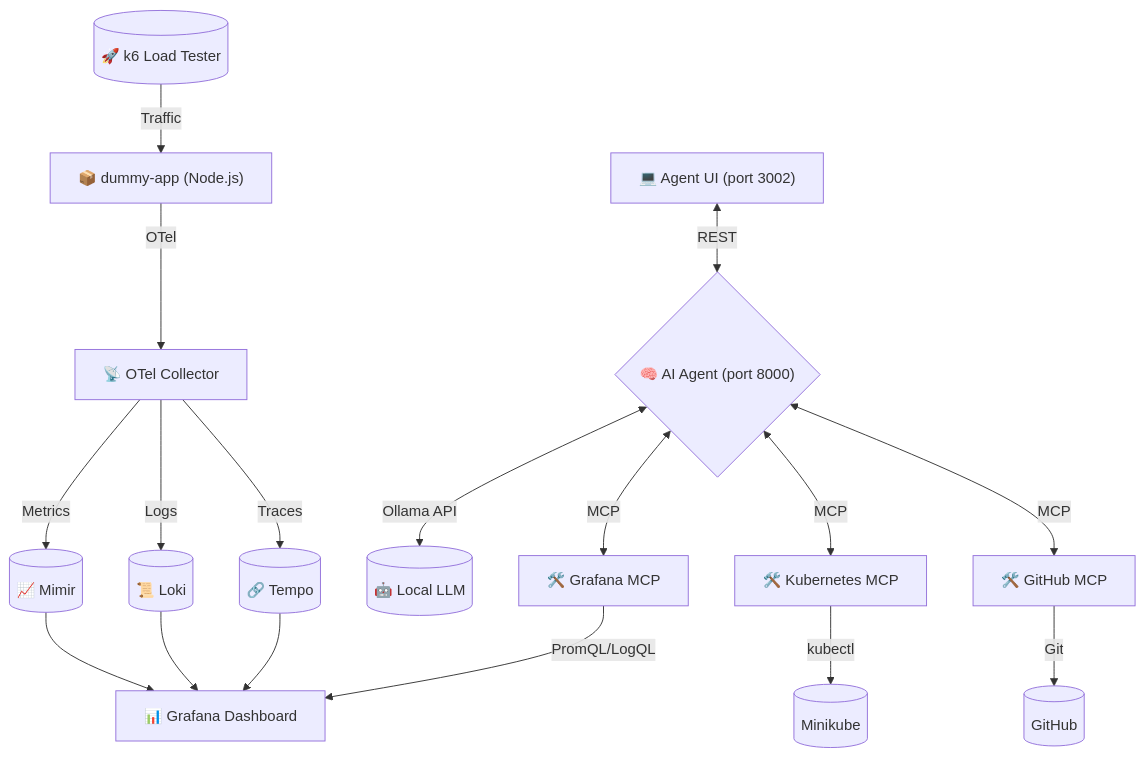
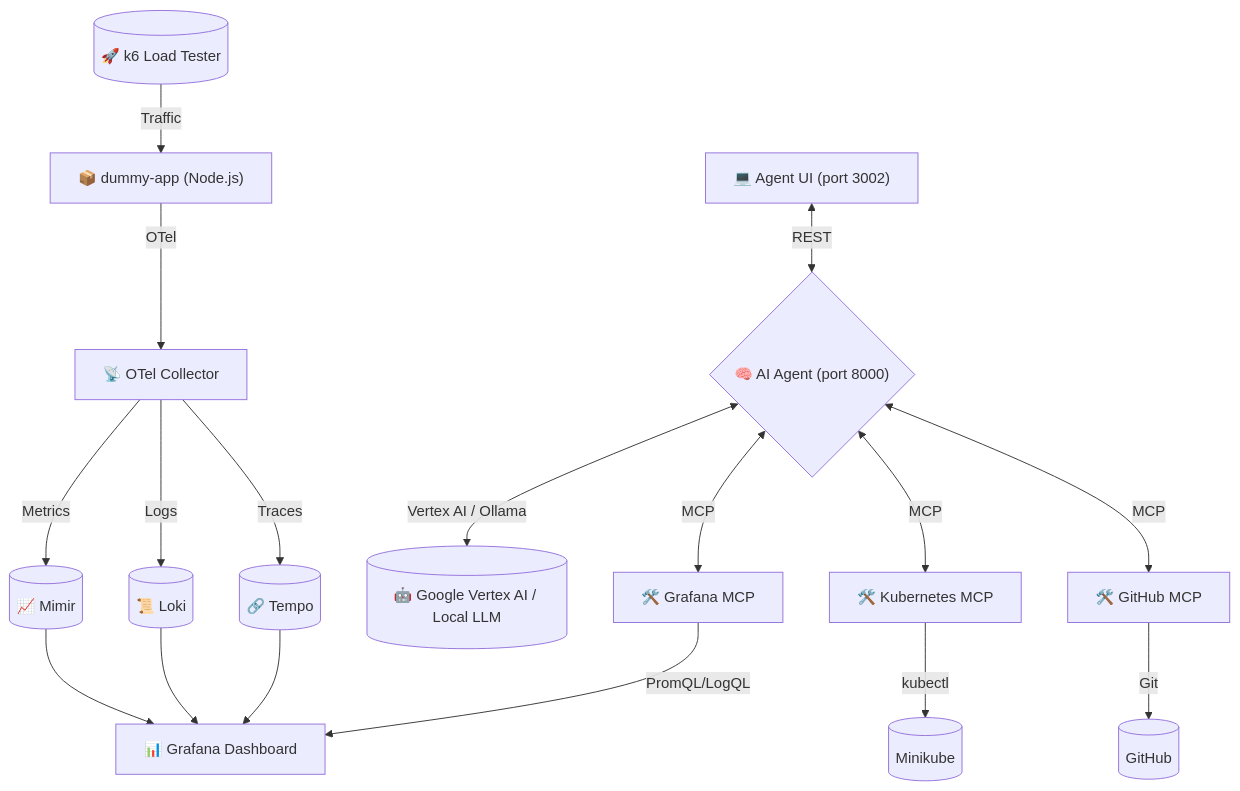
The diagram in README.md (h4k5r/triage-agent), drawn with Mermaid before and after one commit. The commit also changed other lines of this file and 20 other files, not shown here.

````diff
--- a/README.md
+++ b/README.md
@@ -9,28 +9,28 @@
 ```mermaid
 graph TD
     %% Node.js Application & Traffic
     k6[("🚀 k6 Load Tester")] -->|Traffic| app["📦 dummy-app (Node.js)"]
     
     %% Observability Stack
     app -->|OTel| otel["📡 OTel Collector"]
     otel -->|Metrics| prom[("📈 Mimir")]
     otel -->|Logs| loki[("📜 Loki")]
     otel -->|Traces| tempo[("🔗 Tempo")]
     prom --> grafana["📊 Grafana Dashboard"]
     loki --> grafana
     tempo --> grafana
     
     %% AI Agent & UI
     ui["💻 Agent UI (port 3002)"] <-->|REST| agent{"🧠 AI Agent (port 8000)"}
-    agent <-->|Ollama API| ollama[("🤖 Local LLM")]
+    agent <-->|Vertex AI / Ollama| llm[("🤖 Google Vertex AI / Local LLM")]
     
     %% MCP Servers
     agent <-->|MCP| mcp_grafana["🛠️ Grafana MCP"]
     agent <-->|MCP| mcp_k8s["🛠️ Kubernetes MCP"]
     agent <-->|MCP| mcp_github["🛠️ GitHub MCP"]
     
     %% Interactions
     mcp_grafana -->|PromQL/LogQL| grafana
     mcp_k8s -->|kubectl| minikube[(Minikube)]
     mcp_github -->|Git| github[(GitHub)]
 ```
````
